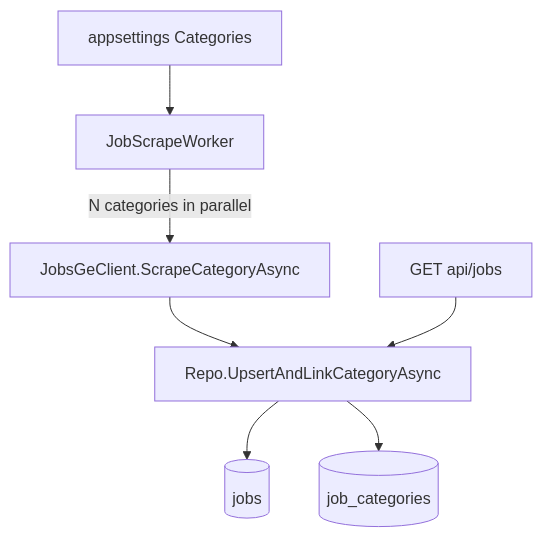
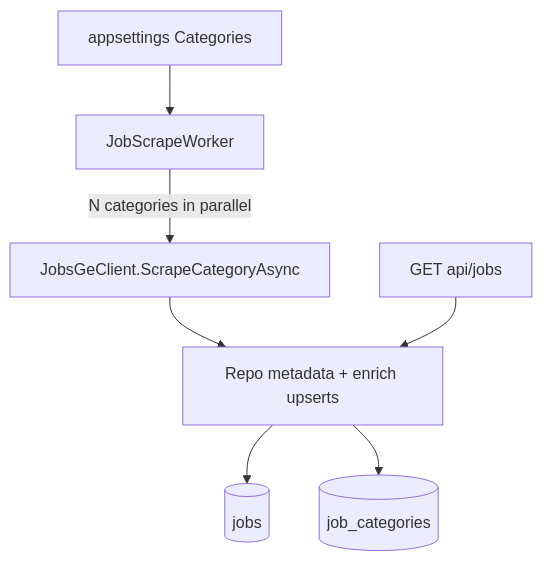
One commit to gotsiridzes/JobsGeParser changed the diagram in Readme.MD. Above: the diagram before and after it, drawn with Mermaid. The commit also changed other lines of this file and 14 other files, not shown here.

````diff
--- a/Readme.MD
+++ b/Readme.MD
@@ -62,9 +62,9 @@
 ```mermaid
 flowchart TB
     Config[appsettings Categories] --> Worker[JobScrapeWorker]
     Worker -->|"N categories in parallel"| Client[JobsGeClient.ScrapeCategoryAsync]
-    Client --> Repo[Repo.UpsertAndLinkCategoryAsync]
+    Client --> Repo[Repo metadata + enrich upserts]
     Repo --> Jobs[(jobs)]
     Repo --> JobCategories[(job_categories)]
     Endpoints[GET api/jobs] --> Repo
 ```
````
